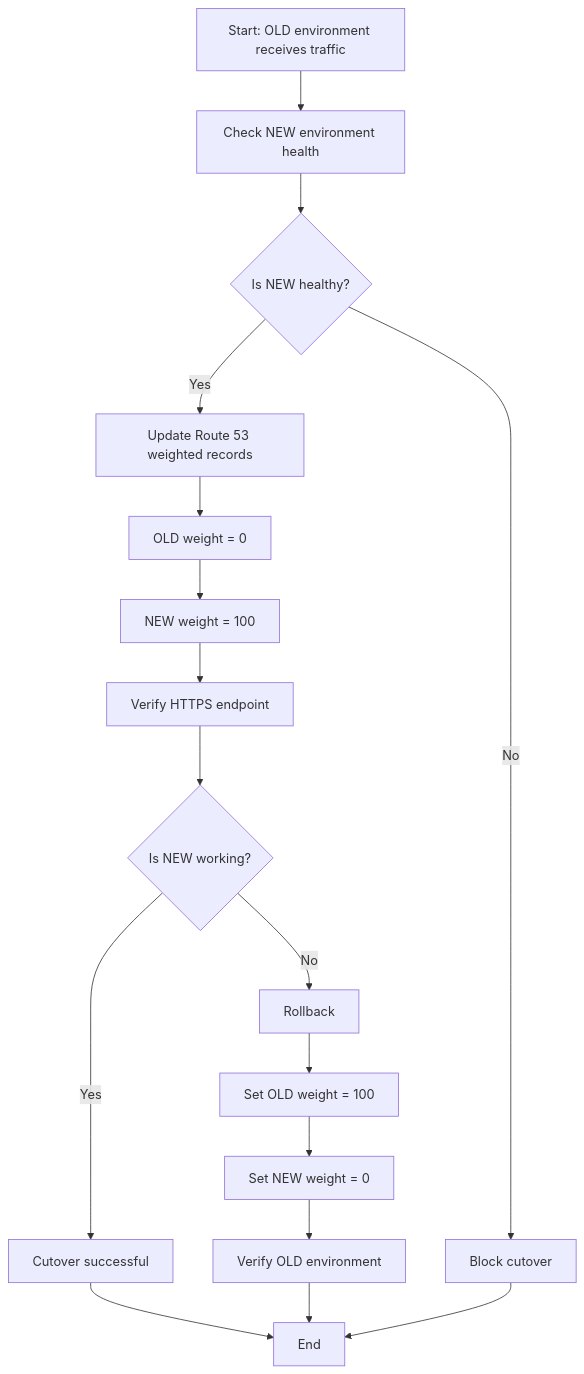
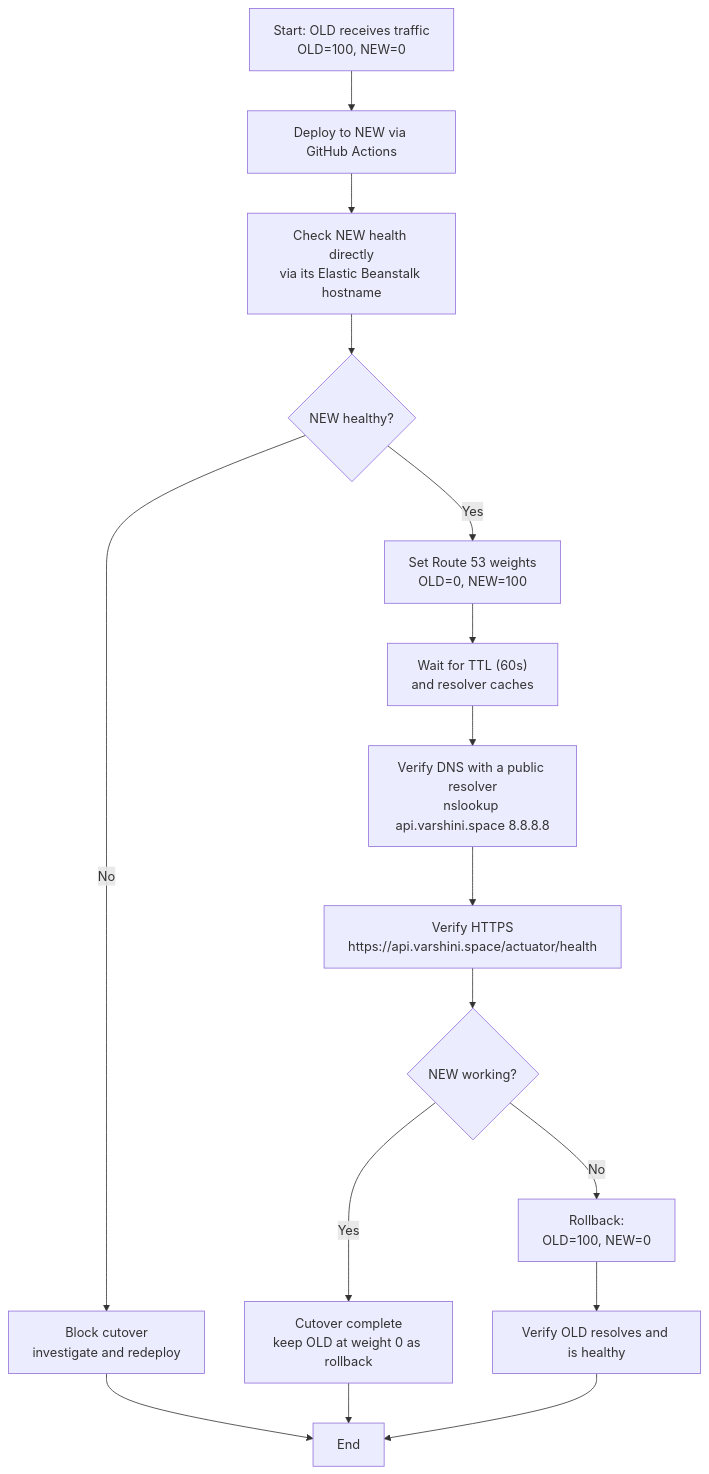
One commit to AlaguVarshini118/CAP-51 changed the third of 3 diagrams in README.md. Above: the diagram before and after it, drawn with Mermaid. The commit also changed other lines of this file, not shown here.

````diff
--- a/README.md
+++ b/README.md
@@ -62,24 +114,22 @@
 ```mermaid
 flowchart TD
-    A["Start: OLD environment receives traffic"] --> B["Check NEW environment health"]
-    B --> C{"Is NEW healthy?"}
+    A["Start: OLD receives traffic<br/>OLD=100, NEW=0"] --> B["Deploy to NEW via GitHub Actions"]
+    B --> C["Check NEW health directly<br/>via its Elastic Beanstalk hostname"]
+    C --> D{"NEW healthy?"}
 
-    C -->|Yes| D["Update Route 53 weighted records"]
-    C -->|No| E["Block cutover"]
+    D -->|"No"| E["Block cutover<br/>investigate and redeploy"]
+    D -->|"Yes"| F["Set Route 53 weights<br/>OLD=0, NEW=100"]
 
-    D --> F["OLD weight = 0"]
-    F --> G["NEW weight = 100"]
-    G --> H["Verify HTTPS endpoint"]
-    H --> I{"Is NEW working?"}
+    F --> G["Wait for TTL (60s)<br/>and resolver caches"]
+    G --> H["Verify DNS with a public resolver<br/>nslookup api.varshini.space 8.8.8.8"]
+    H --> I["Verify HTTPS<br/>https://api.varshini.space/actuator/health"]
+    I --> J{"NEW working?"}
 
-    I -->|Yes| J["Cutover successful"]
-    I -->|No| K["Rollback"]
+    J -->|"Yes"| K["Cutover complete<br/>keep OLD at weight 0 as rollback"]
+    J -->|"No"| L["Rollback:<br/>OLD=100, NEW=0"]
+    L --> M["Verify OLD resolves and is healthy"]
 
-    K --> L["Set OLD weight = 100"]
-    L --> M["Set NEW weight = 0"]
-    M --> N["Verify OLD environment"]
-
-    J --> O["End"]
-    N --> O
-    E --> O
+    E --> Z["End"]
+    K --> Z
+    M --> Z
 ```
````
